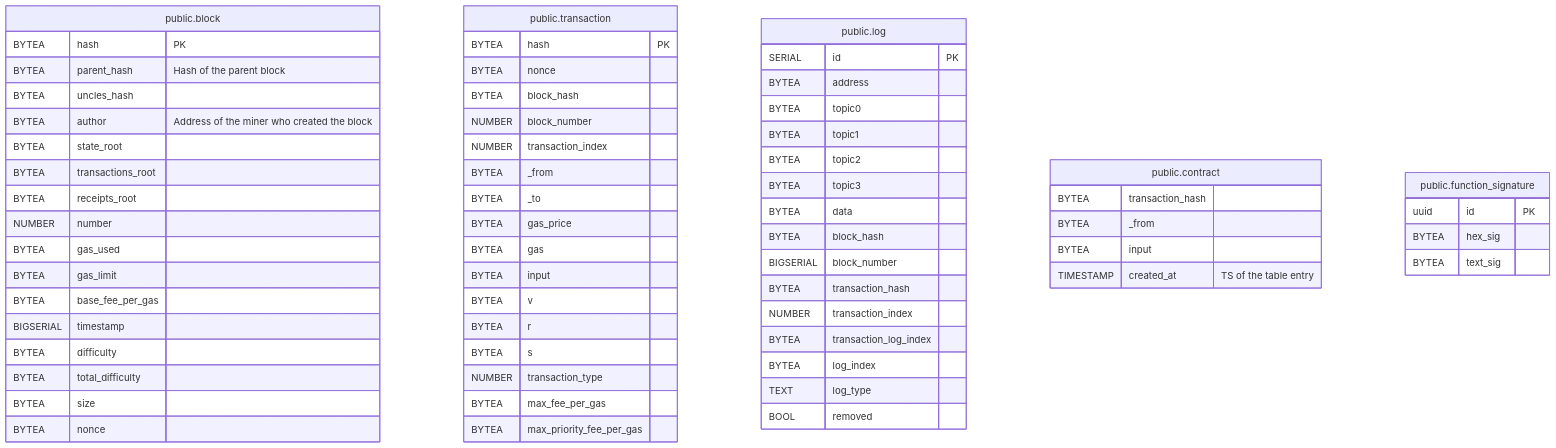
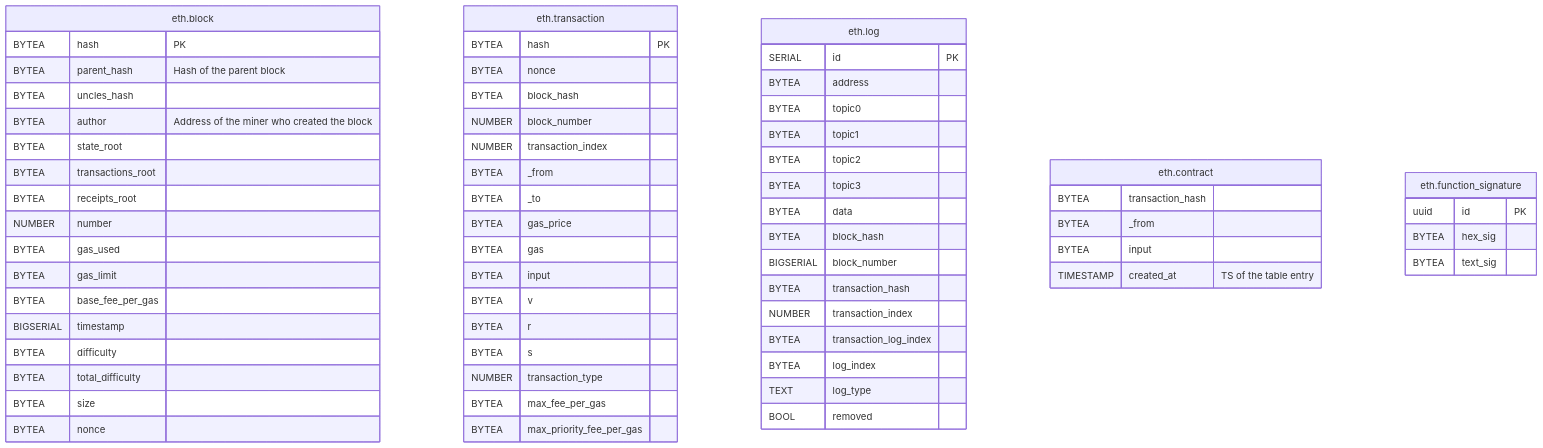
Before and after one commit to lbkolev/eventify: the diagram in migrations/README.md, drawn with Mermaid. The commit also changed other lines of this file and 44 other files, not shown here.

````diff
--- a/migrations/README.md
+++ b/migrations/README.md
@@ -9,72 +12,72 @@
 ```mermaid
 erDiagram
 
-"public.block" {
+"eth.block" {
     BYTEA hash "PK"
     BYTEA parent_hash "Hash of the parent block"
     BYTEA uncles_hash
     BYTEA author "Address of the miner who created the block"
     BYTEA state_root
     BYTEA transactions_root
     BYTEA receipts_root
     NUMBER number
     BYTEA gas_used
     BYTEA gas_limit
     BYTEA base_fee_per_gas
     BIGSERIAL timestamp
     BYTEA difficulty
     BYTEA total_difficulty
     BYTEA size
     BYTEA nonce
 }
 
-"public.transaction" {
+"eth.transaction" {
     BYTEA hash "PK"
     BYTEA nonce
     BYTEA block_hash
     NUMBER block_number
     NUMBER transaction_index
     BYTEA _from
     BYTEA _to
     BYTEA gas_price
     BYTEA gas
     BYTEA input
     BYTEA v
     BYTEA r
     BYTEA s
     NUMBER transaction_type
     BYTEA max_fee_per_gas
     BYTEA max_priority_fee_per_gas
 }
 
-"public.log" {
+"eth.log" {
     SERIAL id "PK"
     BYTEA address
     BYTEA topic0
     BYTEA topic1
     BYTEA topic2
     BYTEA topic3
     BYTEA data
     BYTEA block_hash
     BIGSERIAL block_number
     BYTEA transaction_hash
     NUMBER transaction_index
     BYTEA transaction_log_index
     BYTEA log_index
     TEXT log_type
     BOOL removed
 }
 
-"public.contract" {
+"eth.contract" {
     BYTEA transaction_hash
     BYTEA _from
     BYTEA input
     TIMESTAMP created_at "TS of the table entry"
 }
 
-"public.function_signature" {
+"eth.function_signature" {
     uuid id "PK"
     BYTEA hex_sig
     BYTEA text_sig
 }
 ```
````
